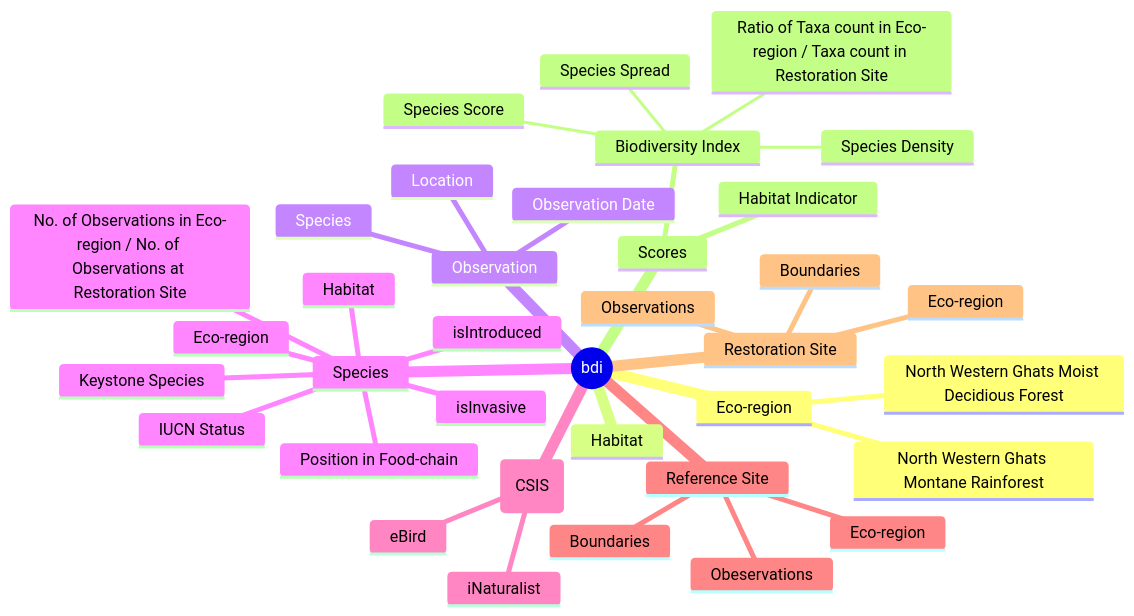
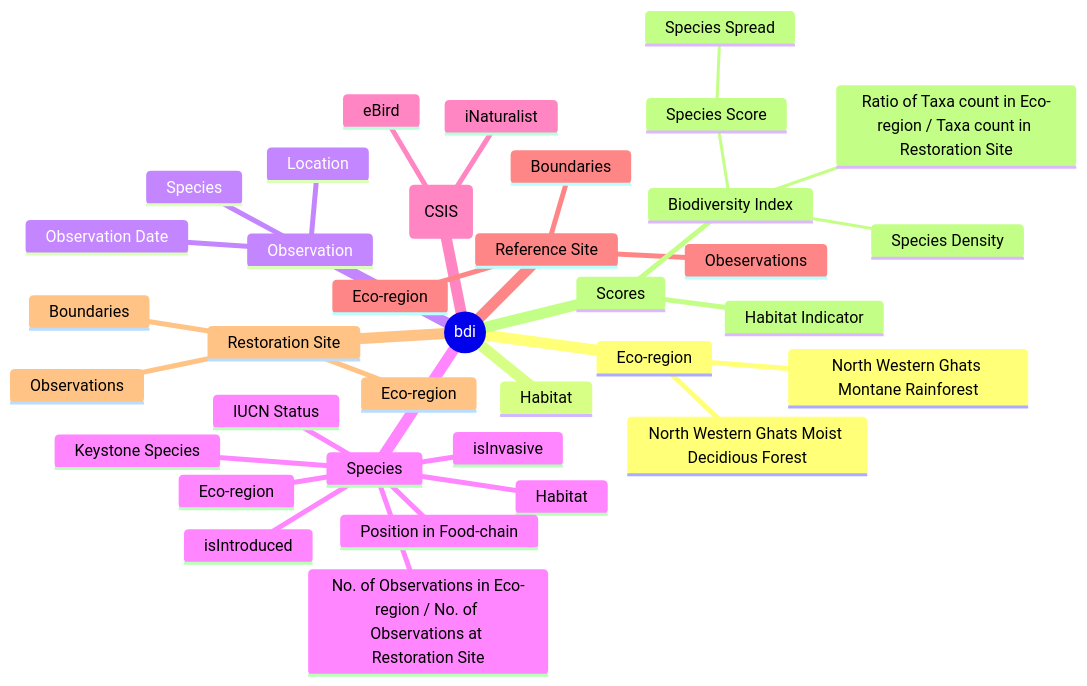
The first of 4 diagrams in README.md (maulikdave-fh/bdi), drawn with Mermaid before and after one commit.

Commit message:
move species spread under species score

````diff
--- a/README.md
+++ b/README.md
@@ -20,39 +20,39 @@
 ```mermaid
     mindmap
       root((bdi))
         Eco-region
           North Western Ghats Montane Rainforest
           North Western Ghats Moist Decidious Forest
         Habitat
         Observation
           Location
           Observation Date
           Species            
         Species
           Eco-region
           Habitat
           Keystone Species
           IUCN Status
           isInvasive
           isIntroduced
           No. of Observations in Eco-region / No. of Observations at Restoration Site
-          Position in Food-chain            
+          Position in Food-chain                    
         Crowdsourced Species Identification System (CSIS)
           iNaturalist
           eBird
         Reference Site
           Boundaries
           Obeservations
           Eco-region
         Restoration Site
           Boundaries
           Observations
           Eco-region
         Scores
           Biodiversity Index
-            Species Density
-            Species Spread
+            Species Density            
             Species Score
+                Species Spread
             Ratio of Taxa count in Eco-region / Taxa count in Restoration Site
           Habitat Indicator              
 ```
````
